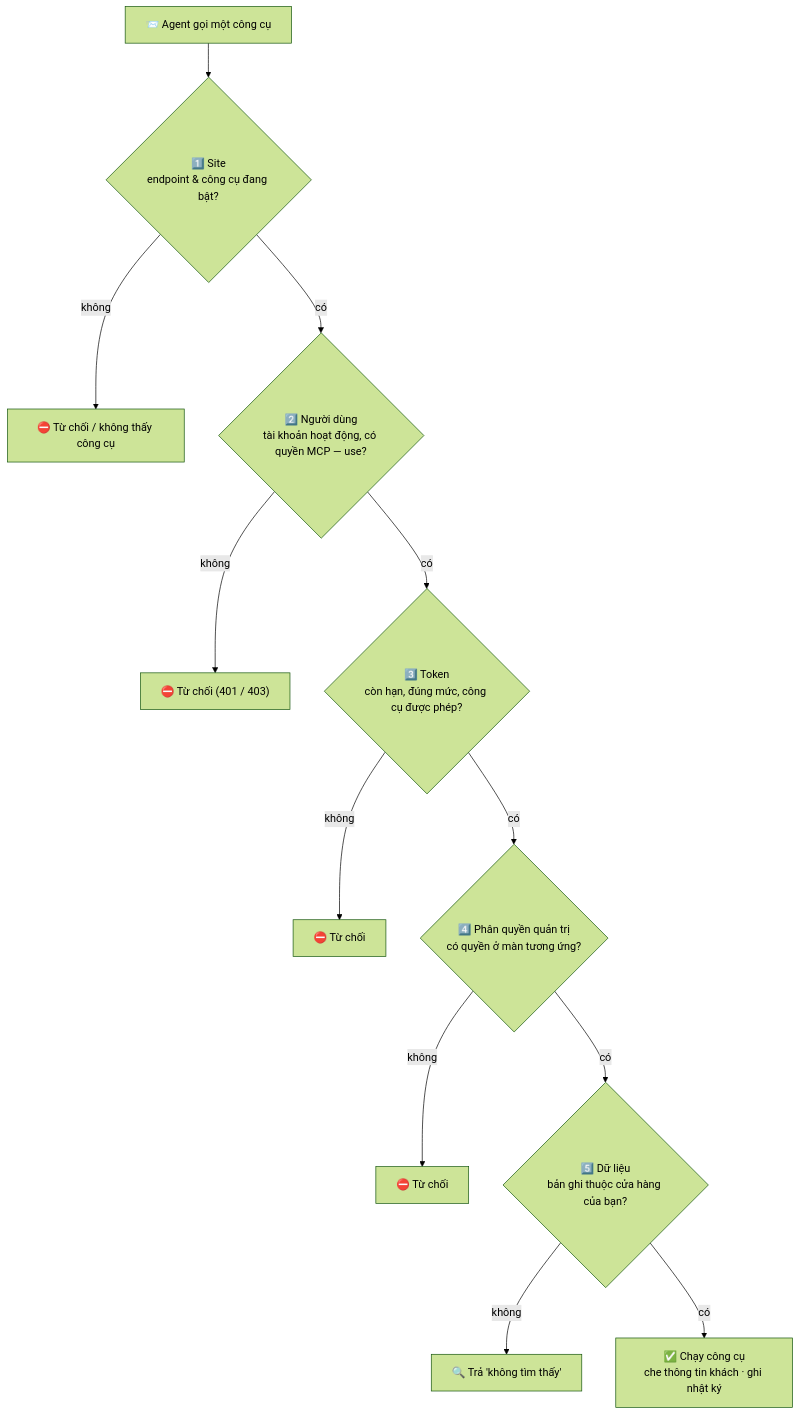
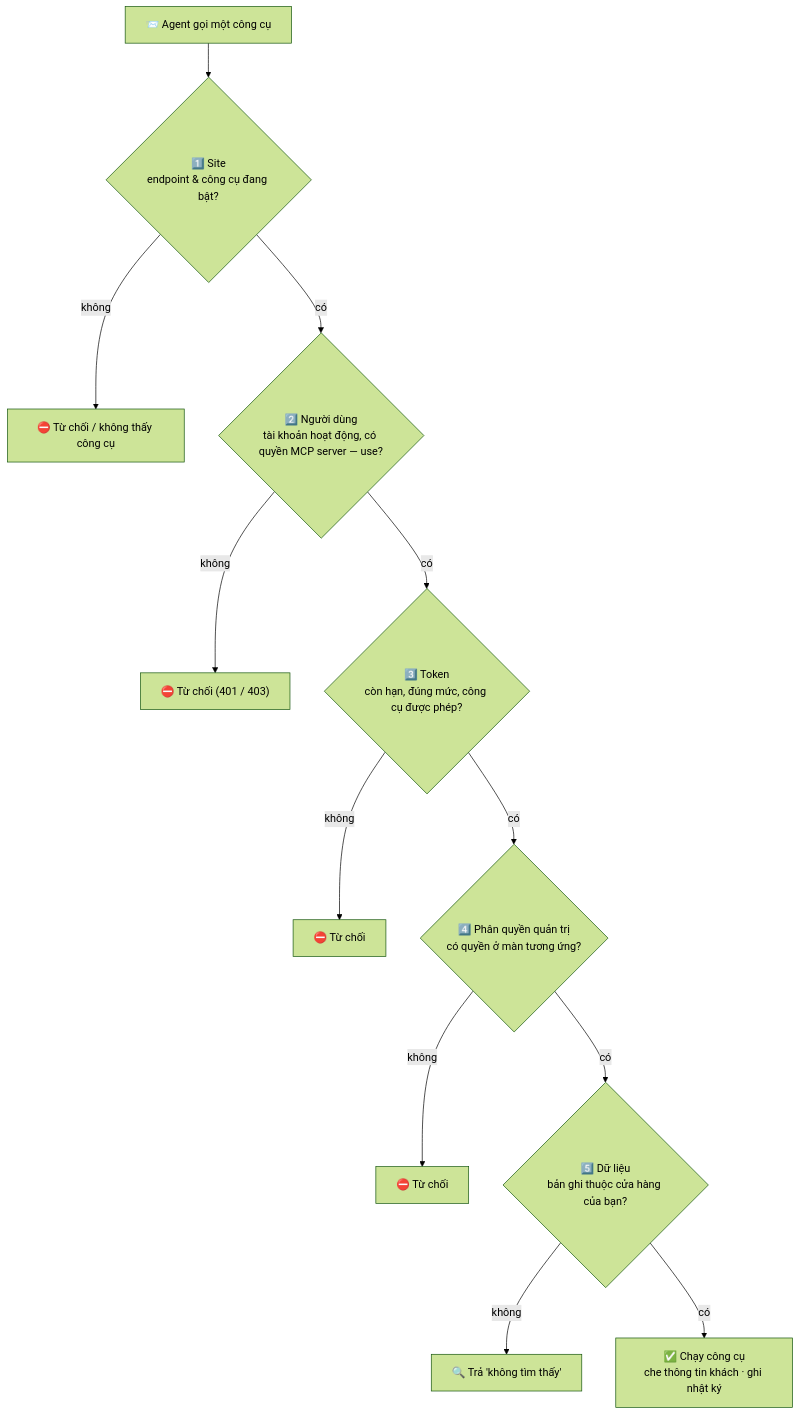
Before and after one commit to gp247net/mcp: the third of 4 diagrams in README_vi.md, drawn with Mermaid (forest theme). The commit also changed other lines of this file and 9 other files, not shown here.

First line of the commit message:
gp247/mcp 2.0.1: safe cleanup hint for a re-installed McpServer plugin; README labels

````diff
--- a/README_vi.md
+++ b/README_vi.md
@@ -216,14 +216,14 @@
 ```mermaid
 flowchart TD
     R["📨 Agent gọi một công cụ"] --> L1{"1️⃣ Site<br/>endpoint & công cụ đang bật?"}
     L1 -- "không" --> X1["⛔ Từ chối / không thấy công cụ"]
-    L1 -- "có" --> L2{"2️⃣ Người dùng<br/>tài khoản hoạt động, có quyền MCP — use?"}
+    L1 -- "có" --> L2{"2️⃣ Người dùng<br/>tài khoản hoạt động, có quyền MCP server — use?"}
     L2 -- "không" --> X2["⛔ Từ chối (401 / 403)"]
     L2 -- "có" --> L3{"3️⃣ Token<br/>còn hạn, đúng mức, công cụ được phép?"}
     L3 -- "không" --> X3["⛔ Từ chối"]
     L3 -- "có" --> L4{"4️⃣ Phân quyền quản trị<br/>có quyền ở màn tương ứng?"}
     L4 -- "không" --> X4["⛔ Từ chối"]
     L4 -- "có" --> L5{"5️⃣ Dữ liệu<br/>bản ghi thuộc cửa hàng của bạn?"}
     L5 -- "không" --> X5["🔍 Trả 'không tìm thấy'"]
     L5 -- "có" --> OK["✅ Chạy công cụ<br/>che thông tin khách · ghi nhật ký"]
 ```
````
